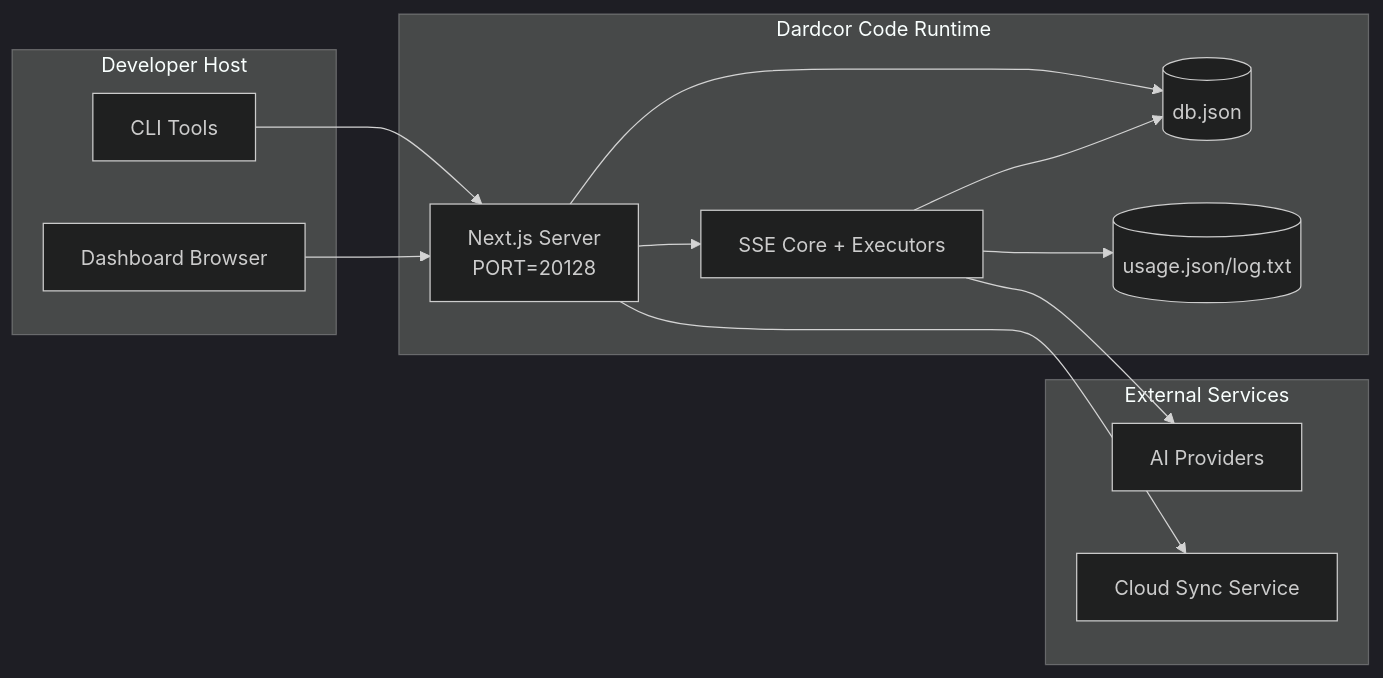
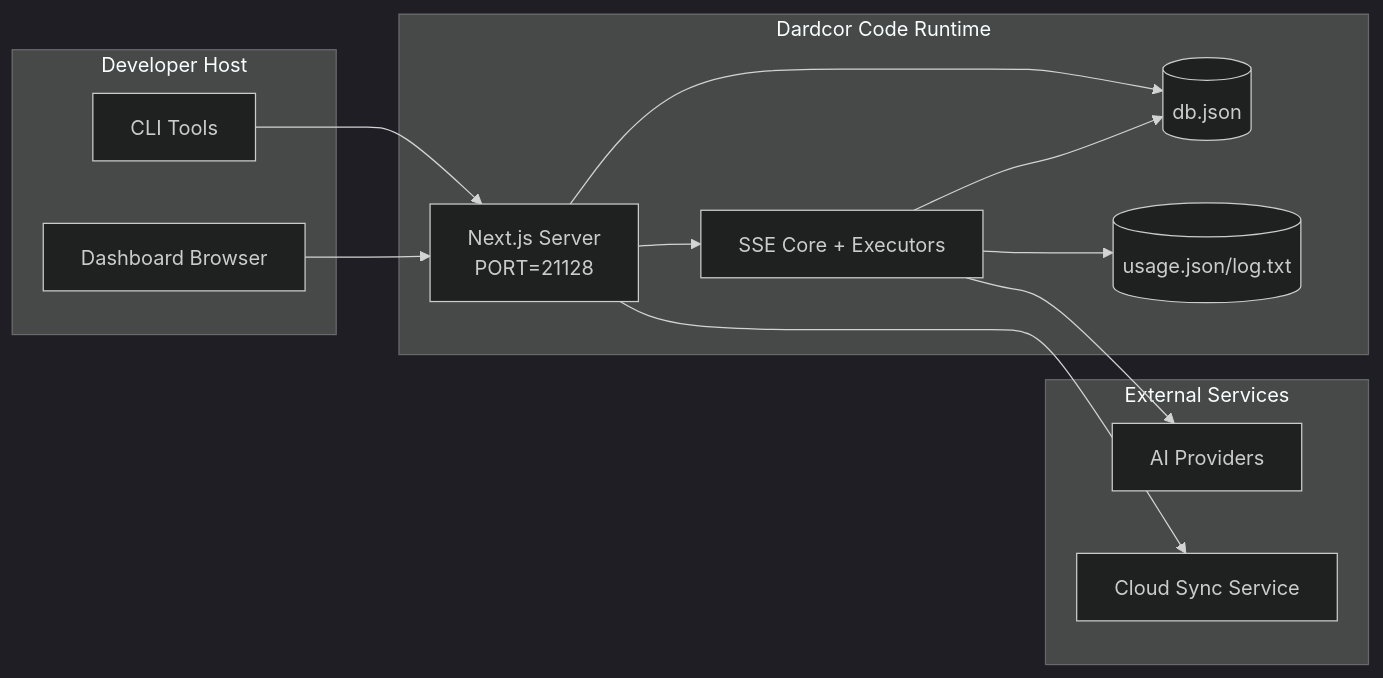
The seventh of 7 diagrams in .dardcor-router/docs/ARCHITECTURE.md (Dardcor/Dardcor-Code), drawn with Mermaid (dark theme) before and after one commit. The commit also changed other lines of this file and 378 other files, not shown here.

````diff
--- a/.dardcor-router/docs/ARCHITECTURE.md
+++ b/.dardcor-router/docs/ARCHITECTURE.md
@@ -387,28 +387,28 @@
 ```mermaid
 flowchart LR
     subgraph LocalHost[Developer Host]
         CLI[CLI Tools]
         Browser[Dashboard Browser]
     end
 
     subgraph ContainerOrProcess[Dardcor Code Runtime]
-        Next[Next.js Server\nPORT=20128]
+        Next[Next.js Server\nPORT=21128]
         Core[SSE Core + Executors]
         MainDB[(db.json)]
         UsageDB[(usage.json/log.txt)]
     end
 
     subgraph External[External Services]
         Providers[AI Providers]
         SyncCloud[Cloud Sync Service]
     end
 
     CLI --> Next
     Browser --> Next
     Next --> Core
     Next --> MainDB
     Core --> MainDB
     Core --> UsageDB
     Core --> Providers
     Next --> SyncCloud
 ```
````
